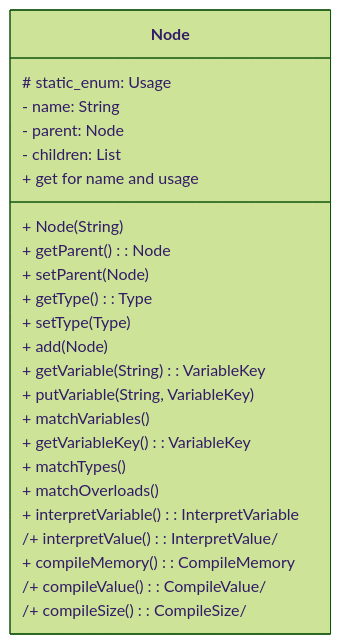
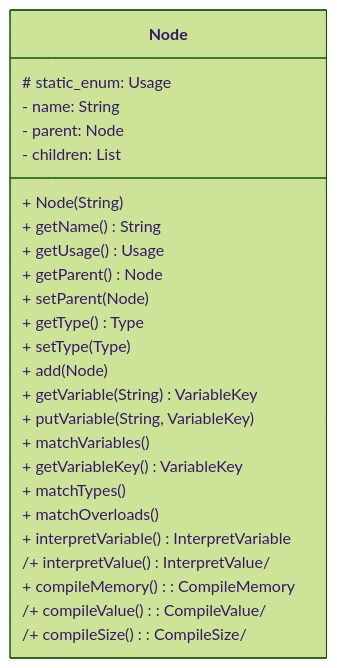
The diagram in UML1.md (Jzhyang1/Monomer), drawn with Mermaid (forest theme) before and after one commit. The commit also changed other lines of this file, not shown here.

Commit message:
UML1.md updated from https://stackedit.io/

````diff
--- a/UML1.md
+++ b/UML1.md
@@ -4,27 +4,28 @@
 ```mermaid
 classDiagram
 class Node{
- # static_enum: Usage  
- - name: String  
- - parent: Node  
- - children: List<Node>
- + Node(String)  
-+ getParent(): Node
-+ setParent(Node) 
-+ getType(): Type
-+ setType(Type)
-+ get for name and usage  
-+ add(Node)  
-+ getVariable(String): VariableKey  
-+ putVariable(String, VariableKey)  
-+ matchVariables()  
-+ getVariableKey(): VariableKey  
-+ matchTypes()  
-+ matchOverloads()  
-+ interpretVariable() : InterpretVariable  
-/+ interpretValue() : InterpretValue/  
-+ compileMemory() : CompileMemory  
-/+ compileValue() : CompileValue/  
-/+ compileSize() : CompileSize/
+	# static_enum: Usage  
+	- name: String  
+	- parent: Node  
+	- children: List<Node>
+	+ Node(String)  
+	+ getName() String
+	+ getUsage() Usage
+	+ getParent() Node
+	+ setParent(Node) 
+	+ getType() Type
+	+ setType(Type) 
+	+ add(Node)  
+	+ getVariable(String) VariableKey  
+	+ putVariable(String, VariableKey)  
+	+ matchVariables()  
+	+ getVariableKey() VariableKey  
+	+ matchTypes()  
+	+ matchOverloads()  
+	+ interpretVariable() InterpretVariable  
+	/+ interpretValue() InterpretValue/  
+	+ compileMemory() : CompileMemory  
+	/+ compileValue() : CompileValue/  
+	/+ compileSize() : CompileSize/
  }
 ```
````
